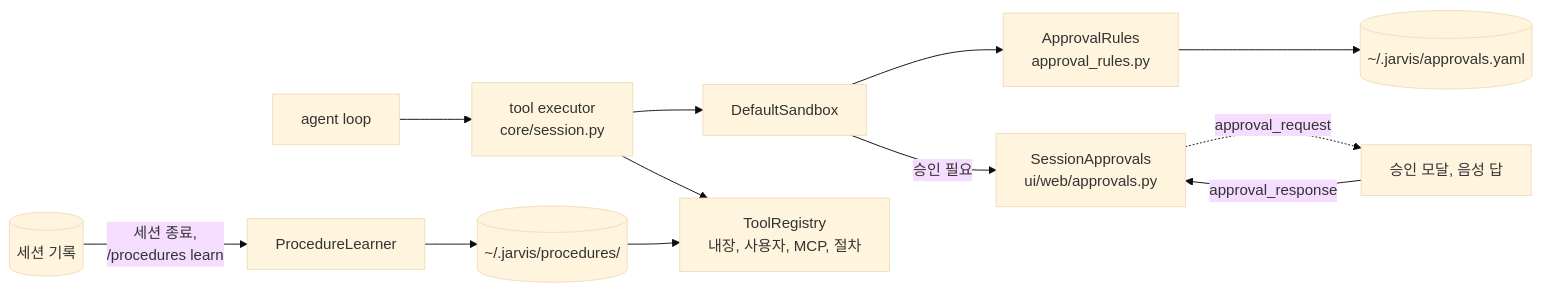
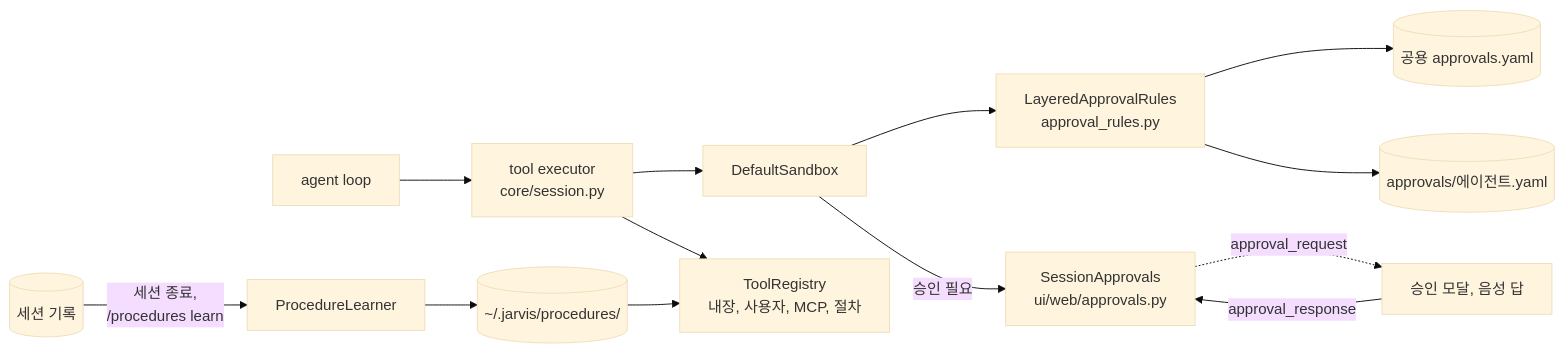
The eighth of 11 diagrams in website/docs/services.md (ash-hun/jarvis-agent), drawn with Mermaid (base theme) before and after one commit. The commit also changed other lines of this file and 28 other files, not shown here.

````diff
--- a/website/docs/services.md
+++ b/website/docs/services.md
@@ -184,14 +184,15 @@
 ```mermaid
 flowchart LR
   LOOP[agent loop] --> EXE[tool executor<br/>core/session.py]
   EXE --> SBX[DefaultSandbox]
-  SBX --> RULES[ApprovalRules<br/>approval_rules.py]
-  RULES --> AY[(~/.jarvis/approvals.yaml)]
+  SBX --> RULES[LayeredApprovalRules<br/>approval_rules.py]
+  RULES --> AY[(공용 approvals.yaml)]
+  RULES --> AA[(approvals/에이전트.yaml)]
   SBX -->|승인 필요| BRK[SessionApprovals<br/>ui/web/approvals.py]
   BRK -. approval_request .-> MODAL[승인 모달, 음성 답]
   MODAL -->|approval_response| BRK
   EXE --> TOOLS[ToolRegistry<br/>내장, 사용자, MCP, 절차]
   HIST[(세션 기록)] -->|세션 종료,<br/>/procedures learn| LRN[ProcedureLearner]
   LRN --> PS[(~/.jarvis/procedures/)]
   PS --> TOOLS
 ```
````
